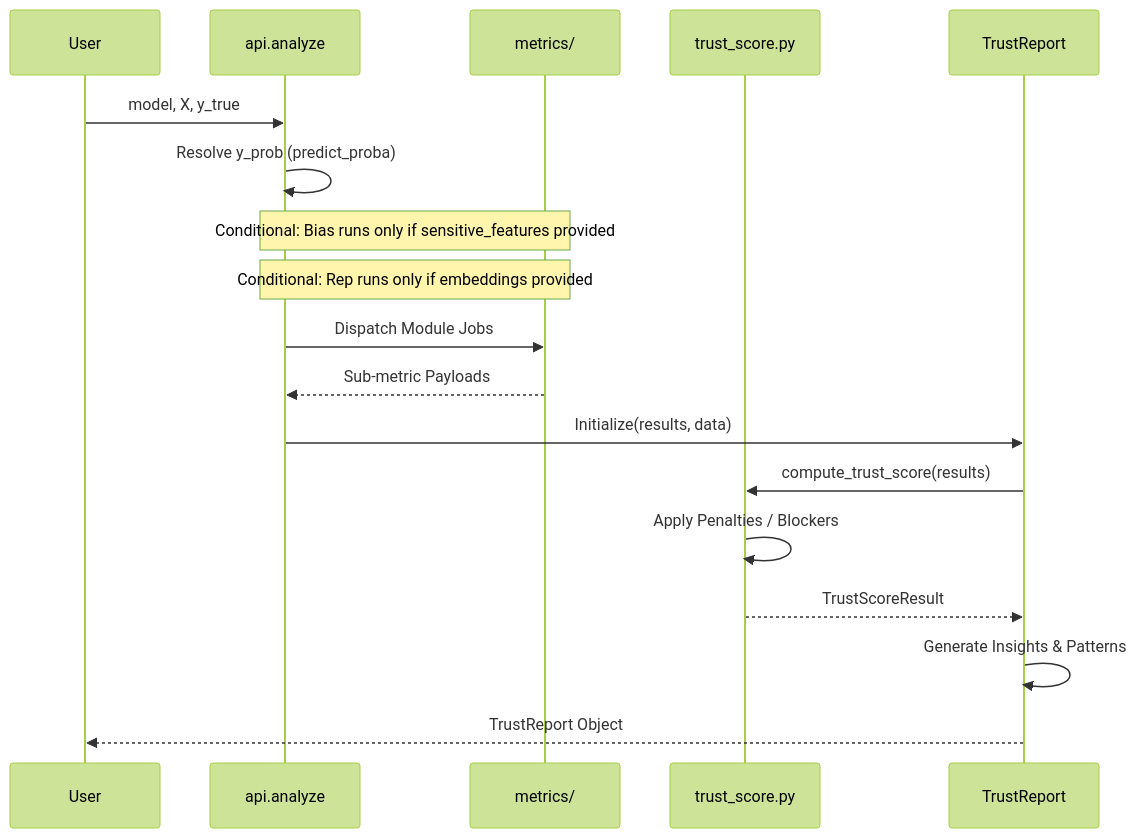
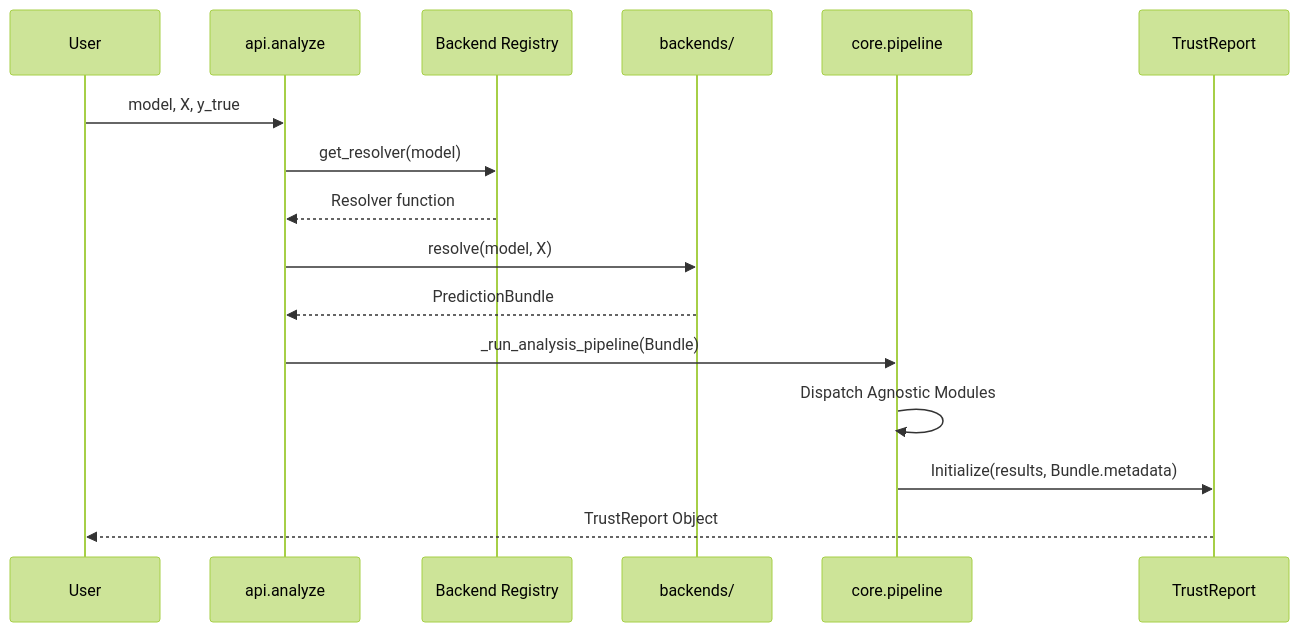
The third of 3 diagrams in docs/architecture.md (Khanz9664/TrustLens), drawn with Mermaid (forest theme) before and after one commit. The commit also changed other lines of this file and 23 other files, not shown here.

First line of the commit message:
Major Refactor: Framework-Agnostic Prediction Resolver Architecture + XGBoost Support (#90)

````diff
--- a/docs/architecture.md
+++ b/docs/architecture.md
@@ -66,21 +74,19 @@
 ```mermaid
 sequenceDiagram
     participant User
     participant API as api.analyze
-    participant Metrics as metrics/
-    participant Score as trust_score.py
+    participant Registry as Backend Registry
+    participant Backend as backends/
+    participant Pipeline as core.pipeline
     participant Report as TrustReport
 
     User->>API: model, X, y_true
-    API->>API: Resolve y_prob (predict_proba)
-    Note over API, Metrics: Conditional: Bias runs only if sensitive_features provided
-    Note over API, Metrics: Conditional: Rep runs only if embeddings provided
-    API->>Metrics: Dispatch Module Jobs
-    Metrics-->>API: Sub-metric Payloads
-    API->>Report: Initialize(results, data)
-    Report->>Score: compute_trust_score(results)
-    Score->>Score: Apply Penalties / Blockers
-    Score-->>Report: TrustScoreResult
-    Report->>Report: Generate Insights & Patterns
+    API->>Registry: get_resolver(model)
+    Registry-->>API: Resolver function
+    API->>Backend: resolve(model, X)
+    Backend-->>API: PredictionBundle
+    API->>Pipeline: _run_analysis_pipeline(Bundle)
+    Pipeline->>Pipeline: Dispatch Agnostic Modules
+    Pipeline->>Report: Initialize(results, Bundle.metadata)
     Report-->>User: TrustReport Object
 ```
````
